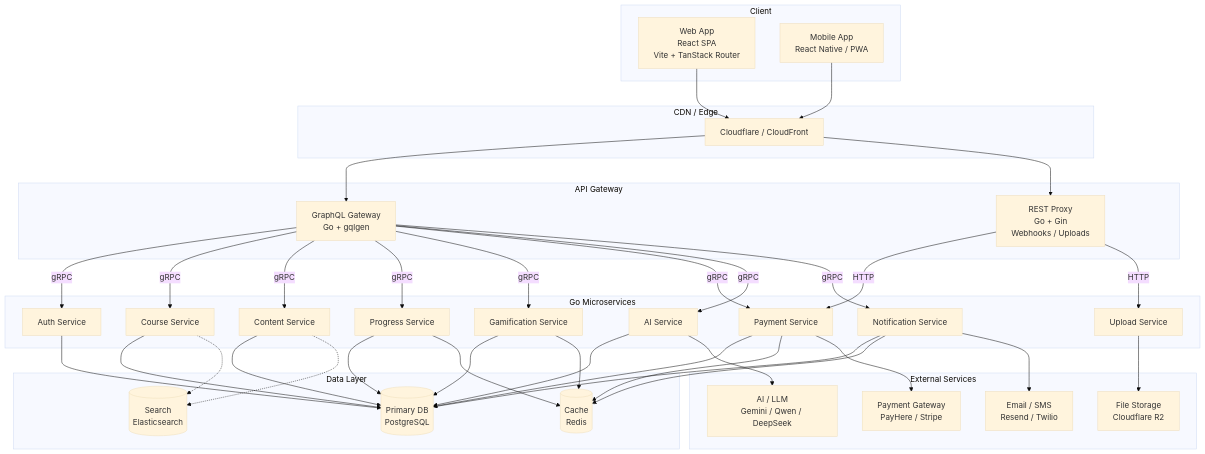
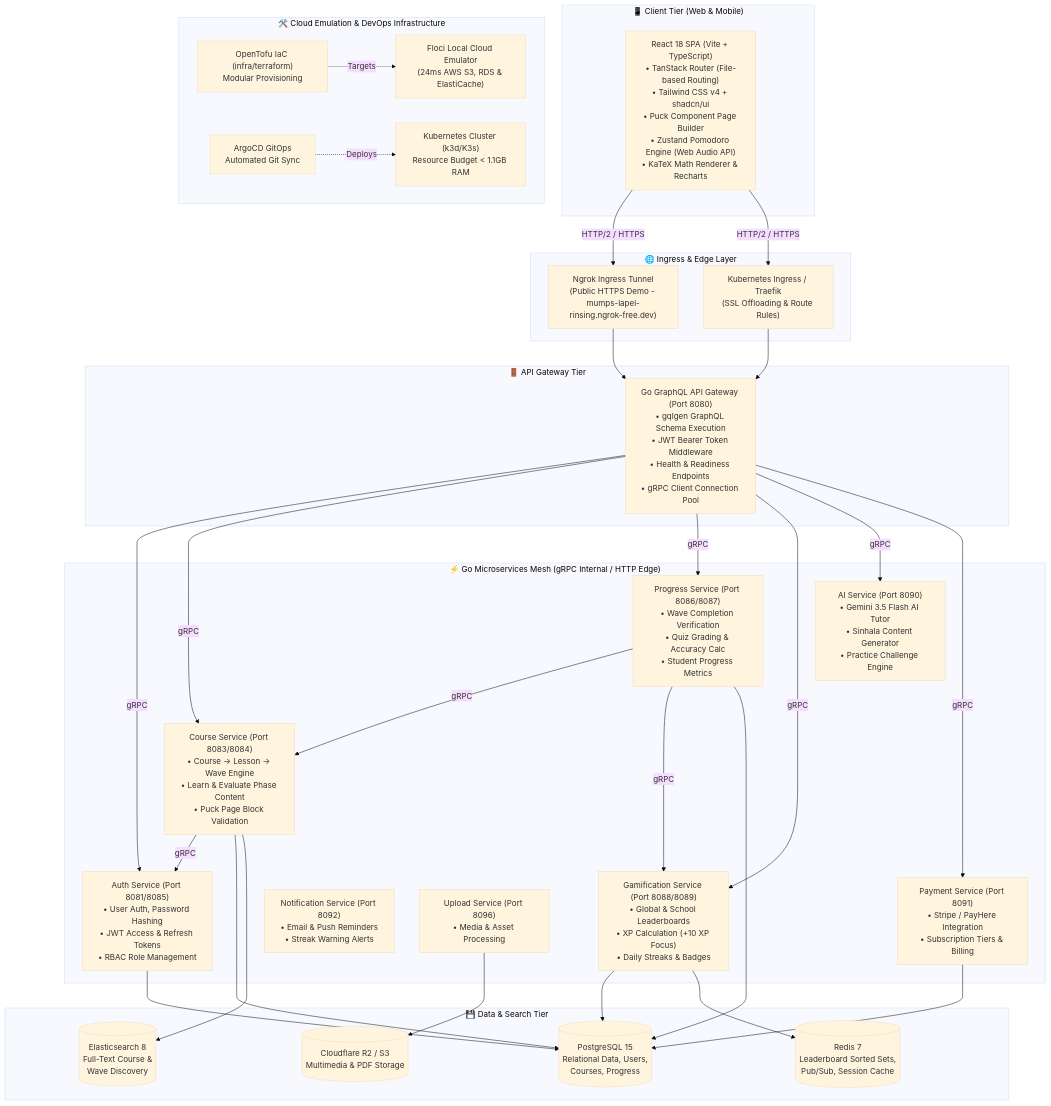
Before and after one commit to WarunaUdara/studed-project: the diagram in 01-Architecture/System-Architecture.md, drawn with Mermaid (base theme). The commit also changed other lines of this file and 4 other files, not shown here.

Commit message:
docs: update system architecture diagram, tech stack, and documentation markdown cross-links

````diff
--- a/01-Architecture/System-Architecture.md
+++ b/01-Architecture/System-Architecture.md
@@ -27,74 +32,73 @@
 ```mermaid
 graph TB
-    subgraph Client
-        A[Web App<br/>React SPA<br/>Vite + TanStack Router]
-        B[Mobile App<br/>React Native / PWA]
+    subgraph Client_Tier ["📱 Client Tier (Web & Mobile)"]
+        ReactApp["React 18 SPA (Vite + TypeScript)<br/>• TanStack Router (File-based Routing)<br/>• Tailwind CSS v4 + shadcn/ui<br/>• Puck Component Page Builder<br/>• Zustand Pomodoro Engine (Web Audio API)<br/>• KaTeX Math Renderer & Recharts"]
     end
 
-    subgraph "CDN / Edge"
-        C[Cloudflare / CloudFront]
+    subgraph Ingress_Tier ["🌐 Ingress & Edge Layer"]
+        Ngrok["Ngrok Ingress Tunnel<br/>(Public HTTPS Demo - mumps-lapel-rinsing.ngrok-free.dev)"]
+        K8sIngress["Kubernetes Ingress / Traefik<br/>(SSL Offloading & Route Rules)"]
     end
 
-    subgraph "API Gateway"
-        D[GraphQL Gateway<br/>Go + gqlgen]
-        E[REST Proxy<br/>Go + Gin<br/>Webhooks / Uploads]
+    subgraph Gateway_Tier ["🚪 API Gateway Tier"]
+        APIGateway["Go GraphQL API Gateway (Port 8080)<br/>• gqlgen GraphQL Schema Execution<br/>• JWT Bearer Token Middleware<br/>• Health & Readiness Endpoints<br/>• gRPC Client Connection Pool"]
     end
 
-    subgraph "Go Microservices"
-        F[Auth Service]
-        G[Course Service]
-        H[Content Service]
-        I[Progress Service]
-        J[Gamification Service]
-        K[Payment Service]
-        L[AI Service]
-        M[Notification Service]
-        N[Upload Service]
+    subgraph Service_Tier ["⚡ Go Microservices Mesh (gRPC Internal / HTTP Edge)"]
+        AuthSvc["Auth Service (Port 8081/8085)<br/>• User Auth, Password Hashing<br/>• JWT Access & Refresh Tokens<br/>• RBAC Role Management"]
+        CourseSvc["Course Service (Port 8083/8084)<br/>• Course → Lesson → Wave Engine<br/>• Learn & Evaluate Phase Content<br/>• Puck Page Block Validation"]
+        ProgressSvc["Progress Service (Port 8086/8087)<br/>• Wave Completion Verification<br/>• Quiz Grading & Accuracy Calc<br/>• Student Progress Metrics"]
+        GamifySvc["Gamification Service (Port 8088/8089)<br/>• Global & School Leaderboards<br/>• XP Calculation (+10 XP Focus)<br/>• Daily Streaks & Badges"]
+        AISvc["AI Service (Port 8090)<br/>• Gemini 3.5 Flash AI Tutor<br/>• Sinhala Content Generator<br/>• Practice Challenge Engine"]
+        PaymentSvc["Payment Service (Port 8091)<br/>• Stripe / PayHere Integration<br/>• Subscription Tiers & Billing"]
+        NotifySvc["Notification Service (Port 8092)<br/>• Email & Push Reminders<br/>• Streak Warning Alerts"]
+        UploadSvc["Upload Service (Port 8096)<br/>• Media & Asset Processing"]
     end
 
-    subgraph "External Services"
-        O[AI / LLM<br/>Gemini / Qwen / DeepSeek]
-        P[File Storage<br/>Cloudflare R2]
-        Q[Payment Gateway<br/>PayHere / Stripe]
-        R[Email / SMS<br/>Resend / Twilio]
+    subgraph Data_Tier ["💾 Data & Search Tier"]
+        PostgresDB[(PostgreSQL 15<br/>Relational Data, Users,<br/>Courses, Progress)]
+        RedisCache[(Redis 7<br/>Leaderboard Sorted Sets,<br/>Pub/Sub, Session Cache)]
+        ElasticSearch[(Elasticsearch 8<br/>Full-Text Course &<br/>Wave Discovery)]
+        Storage[(Cloudflare R2 / S3<br/>Multimedia & PDF Storage)]
     end
 
-    subgraph "Data Layer"
-        S[(Primary DB<br/>PostgreSQL)]
-        T[(Cache<br/>Redis)]
-        U[(Search<br/>Elasticsearch)]
+    subgraph Infra_Tier ["🛠️ Cloud Emulation & DevOps Infrastructure"]
+        Floci["Floci Local Cloud Emulator<br/>(24ms AWS S3, RDS & ElastiCache)"]
+        OpenTofu["OpenTofu IaC (infra/terraform)<br/>Modular Provisioning"]
+        K8sCluster["Kubernetes Cluster (k3d/K3s)<br/>Resource Budget < 1.1GB RAM"]
+        ArgoCD["ArgoCD GitOps<br/>Automated Git Sync"]
     end
 
-    A --> C
-    B --> C
-    C --> D
-    C --> E
-    D -->|gRPC| F
-    D -->|gRPC| G
-    D -->|gRPC| H
-    D -->|gRPC| I
-    D -->|gRPC| J
-    D -->|gRPC| K
-    D -->|gRPC| L
-    D -->|gRPC| M
-    E -->|HTTP| K
-    E -->|HTTP| N
-    F --> S
-    G --> S
-    H --> S
-    I --> S
-    J --> S
-    K --> S
-    L --> S
-    M --> S
-    J --> T
-    I --> T
-    M --> T
-    K --> T
-    G -.-> U
-    H -.-> U
-    N --> P
-    L --> O
-    K --> Q
-    M --> R
+    %% Client and Ingress flow
+    ReactApp -->|HTTP/2 / HTTPS| Ngrok
+    ReactApp -->|HTTP/2 / HTTPS| K8sIngress
+    Ngrok --> APIGateway
+    K8sIngress --> APIGateway
+
+    %% Gateway to Microservices (gRPC)
+    APIGateway -->|gRPC| AuthSvc
+    APIGateway -->|gRPC| CourseSvc
+    APIGateway -->|gRPC| ProgressSvc
+    APIGateway -->|gRPC| GamifySvc
+    APIGateway -->|gRPC| AISvc
+    APIGateway -->|gRPC| PaymentSvc
+
+    %% Service to Service gRPC dependencies
+    ProgressSvc -->|gRPC| CourseSvc
+    ProgressSvc -->|gRPC| GamifySvc
+    CourseSvc -->|gRPC| AuthSvc
+
+    %% Service to Data Storage
+    AuthSvc --> PostgresDB
+    CourseSvc --> PostgresDB
+    CourseSvc --> ElasticSearch
+    ProgressSvc --> PostgresDB
+    GamifySvc --> PostgresDB
+    GamifySvc --> RedisCache
+    PaymentSvc --> PostgresDB
+    UploadSvc --> Storage
+
+    %% DevOps & IaC Mapping
+    OpenTofu -.->|Targets| Floci
+    ArgoCD -.->|Deploys| K8sCluster
 ```
````
